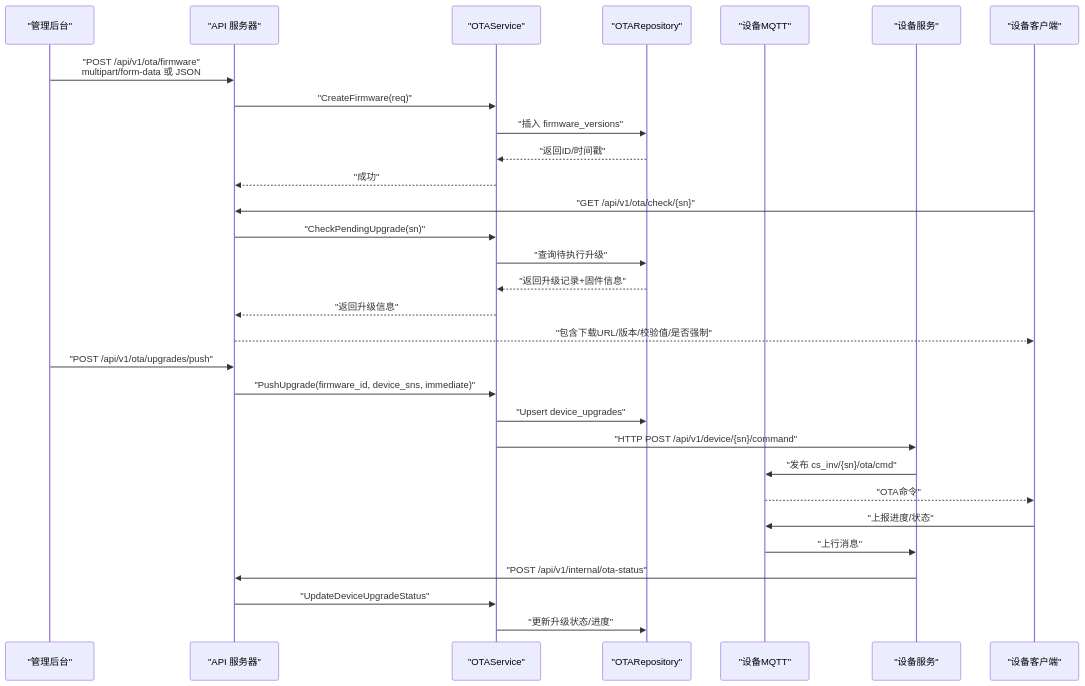
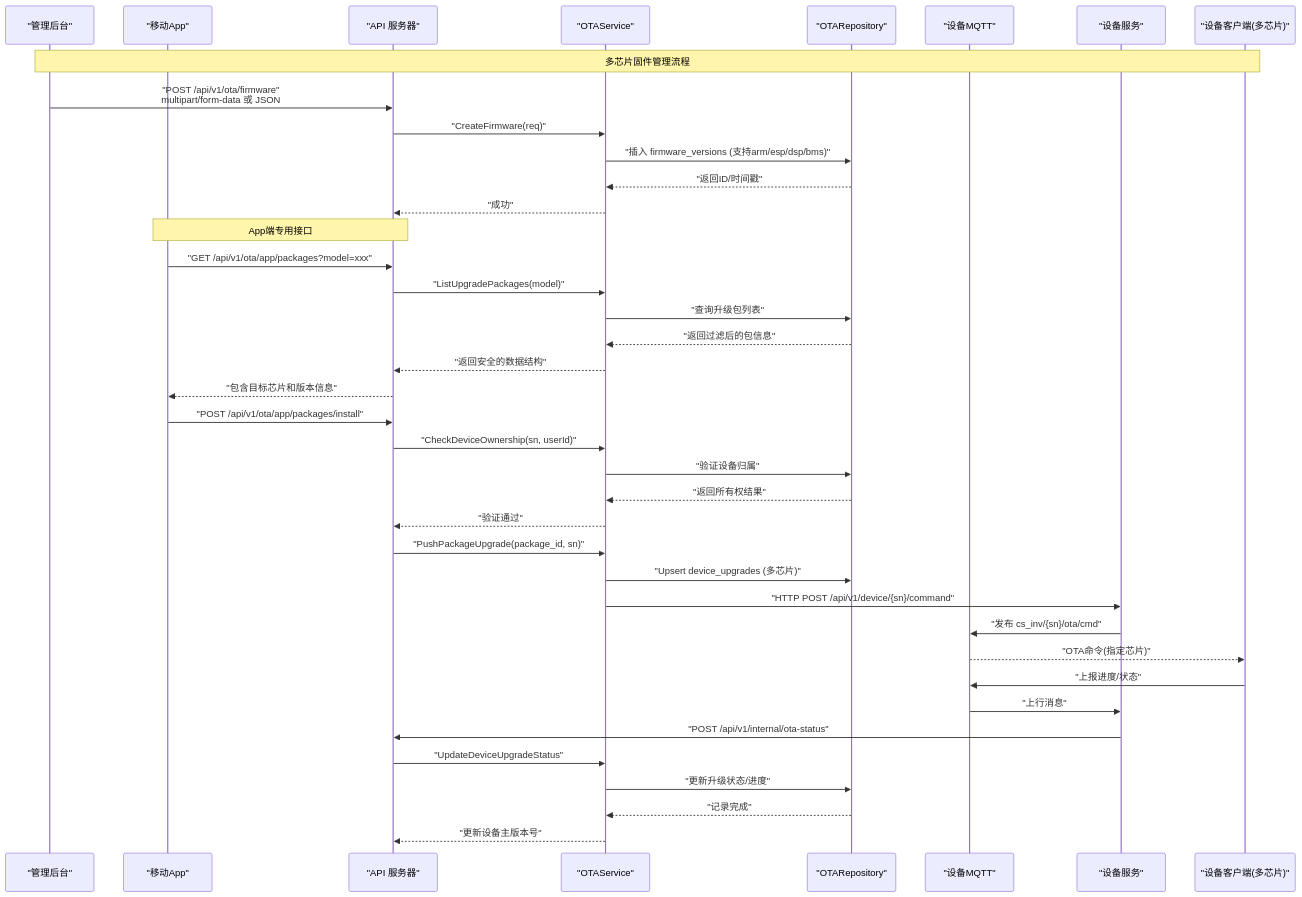
The second of 5 diagrams in .qoder/repowiki/zh/content/OTA升级系统/固件管理.md (mcmrzy/cs_inv_monitor-develop), drawn with Mermaid before and after one commit. The commit also changed other lines of this file and 12 other files, not shown here.

````diff
--- a/.qoder/repowiki/zh/content/OTA升级系统/固件管理.md
+++ b/.qoder/repowiki/zh/content/OTA升级系统/固件管理.md
@@ -90,32 +105,41 @@
 ```mermaid
 sequenceDiagram
 participant Admin as "管理后台"
+participant App as "移动App"
 participant API as "API 服务器"
 participant Svc as "OTAService"
 participant Repo as "OTARepository"
 participant DevMQTT as "设备MQTT"
 participant Dev as "设备服务"
-participant DevCli as "设备客户端"
+participant DevCli as "设备客户端(多芯片)"
+Note over Admin,DevCli : 多芯片固件管理流程
 Admin->>API : "POST /api/v1/ota/firmware"<br/>multipart/form-data 或 JSON
 API->>Svc : "CreateFirmware(req)"
-Svc->>Repo : "插入 firmware_versions"
+Svc->>Repo : "插入 firmware_versions (支持arm/esp/dsp/bms)"
 Repo-->>Svc : "返回ID/时间戳"
 Svc-->>API : "成功"
-DevCli->>API : "GET /api/v1/ota/check/{sn}"
-API->>Svc : "CheckPendingUpgrade(sn)"
-Svc->>Repo : "查询待执行升级"
-Repo-->>Svc : "返回升级记录+固件信息"
-Svc-->>API : "返回升级信息"
-API-->>DevCli : "包含下载URL/版本/校验值/是否强制"
-Admin->>API : "POST /api/v1/ota/upgrades/push"
-API->>Svc : "PushUpgrade(firmware_id, device_sns, immediate)"
-Svc->>Repo : "Upsert device_upgrades"
+Note over App,API : App端专用接口
+App->>API : "GET /api/v1/ota/app/packages?model=xxx"
+API->>Svc : "ListUpgradePackages(model)"
+Svc->>Repo : "查询升级包列表"
+Repo-->>Svc : "返回过滤后的包信息"
+Svc-->>API : "返回安全的数据结构"
+API-->>App : "包含目标芯片和版本信息"
+App->>API : "POST /api/v1/ota/app/packages/install"
+API->>Svc : "CheckDeviceOwnership(sn, userId)"
+Svc->>Repo : "验证设备归属"
+Repo-->>Svc : "返回所有权结果"
+Svc-->>API : "验证通过"
+API->>Svc : "PushPackageUpgrade(package_id, sn)"
+Svc->>Repo : "Upsert device_upgrades (多芯片)"
 Svc->>Dev : "HTTP POST /api/v1/device/{sn}/command"
 Dev->>DevMQTT : "发布 cs_inv/{sn}/ota/cmd"
-DevMQTT-->>DevCli : "OTA命令"
+DevMQTT-->>DevCli : "OTA命令(指定芯片)"
 DevCli->>DevMQTT : "上报进度/状态"
 DevMQTT->>Dev : "上行消息"
 Dev->>API : "POST /api/v1/internal/ota-status"
 API->>Svc : "UpdateDeviceUpgradeStatus"
 Svc->>Repo : "更新升级状态/进度"
+Repo-->>Svc : "记录完成"
+Svc-->>API : "更新设备主版本号"
 ```
````
